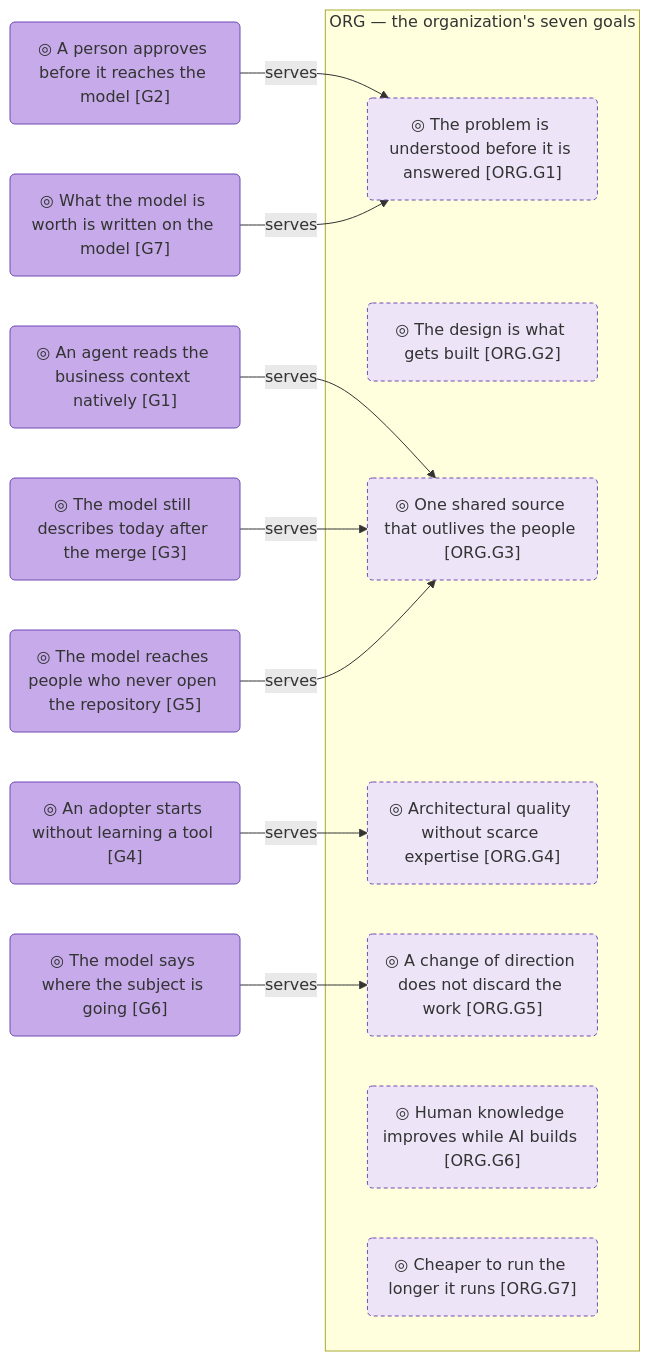
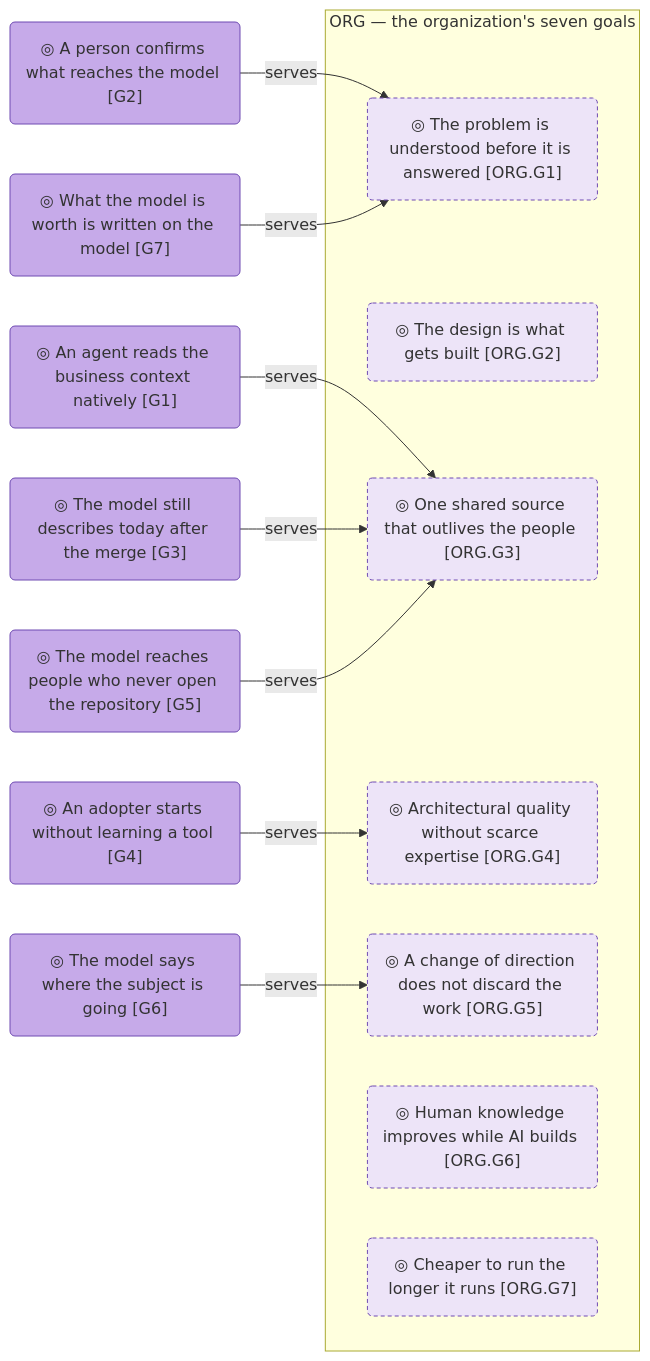
The third of 3 diagrams in product-archreator/architecture/1_strategy/1_motivation.md (roanboc/architecture-archreator), drawn with Mermaid before and after one commit. The commit also changed other lines of this file and 17 other files, not shown here.

````diff
--- a/product-archreator/architecture/1_strategy/1_motivation.md
+++ b/product-archreator/architecture/1_strategy/1_motivation.md
@@ -124,31 +124,31 @@
 ```mermaid
 flowchart LR
   g1("◎ An agent reads the business context natively [G1]"):::goal
-  g2("◎ A person approves before it reaches the model [G2]"):::goal
+  g2("◎ A person confirms what reaches the model [G2]"):::goal
   g3("◎ The model still describes today after the merge [G3]"):::goal
   g4("◎ An adopter starts without learning a tool [G4]"):::goal
   g5("◎ The model reaches people who never open the repository [G5]"):::goal
   g6("◎ The model says where the subject is going [G6]"):::goal
   g7("◎ What the model is worth is written on the model [G7]"):::goal
 
   subgraph org["ORG — the organization's seven goals"]
     o1("◎ The problem is understood before it is answered [ORG.G1]"):::parent
     o2("◎ The design is what gets built [ORG.G2]"):::parent
     o3("◎ One shared source that outlives the people [ORG.G3]"):::parent
     o4("◎ Architectural quality without scarce expertise [ORG.G4]"):::parent
     o5("◎ A change of direction does not discard the work [ORG.G5]"):::parent
     o6("◎ Human knowledge improves while AI builds [ORG.G6]"):::parent
     o7("◎ Cheaper to run the longer it runs [ORG.G7]"):::parent
   end
 
   g1 -->|serves| o3
   g2 -->|serves| o1
   g3 -->|serves| o3
   g4 -->|serves| o4
   g5 -->|serves| o3
   g6 -->|serves| o5
   g7 -->|serves| o1
 
   classDef goal fill:#c6aae9,stroke:#6f4bb2,color:#333
   classDef parent fill:#ede4f8,stroke:#6f4bb2,color:#333,stroke-dasharray: 4 3
 ```
````
